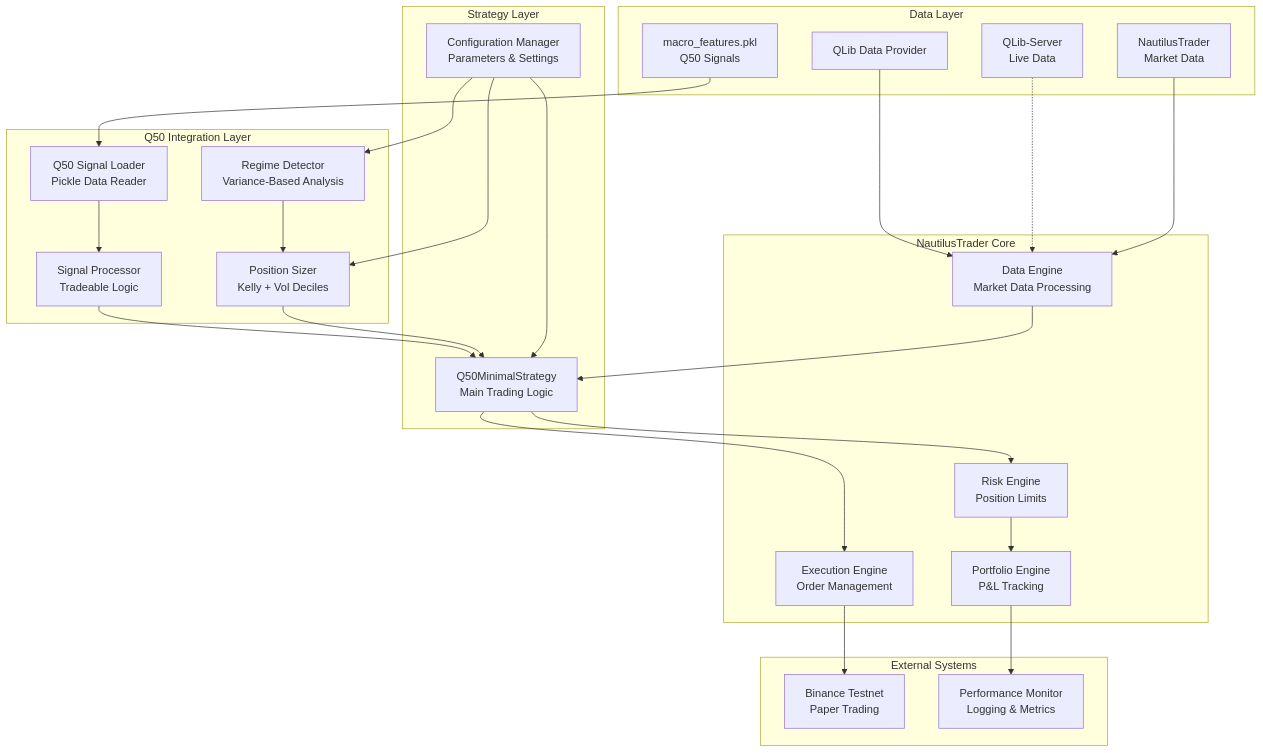
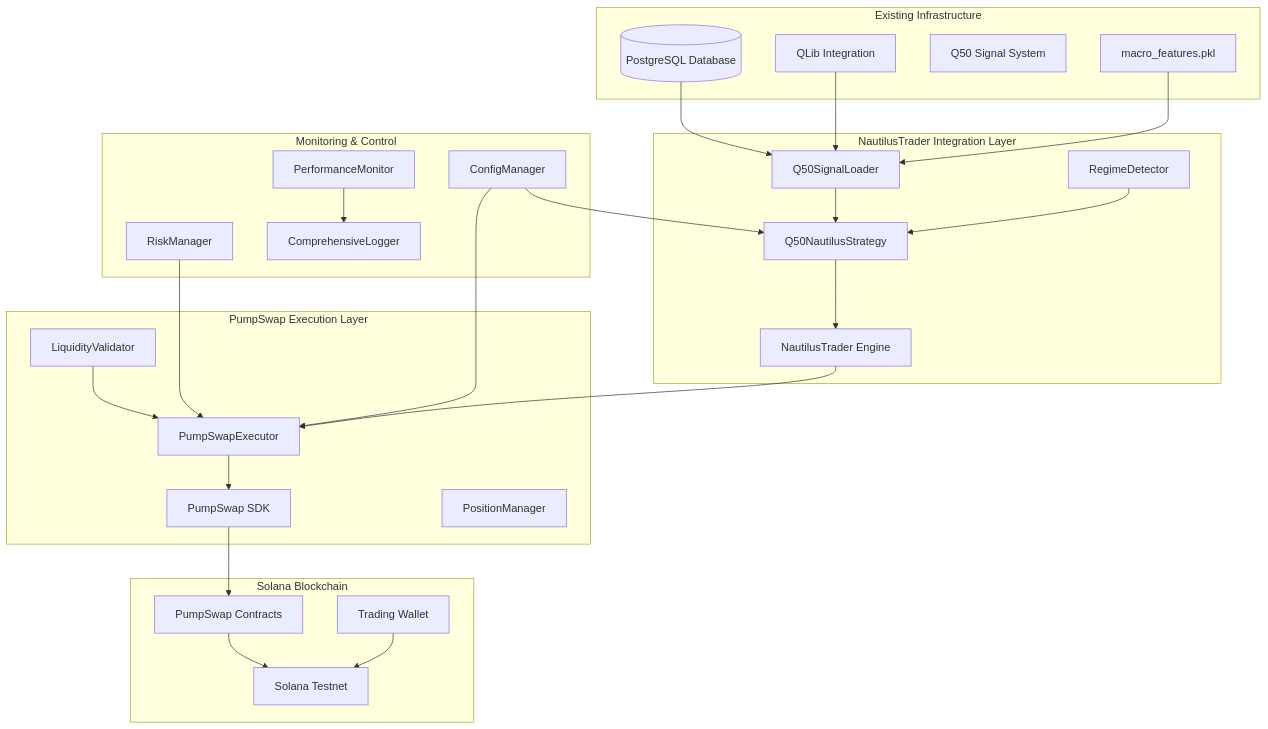
One commit to snogcel/geckoterminal_collector changed the first of 2 diagrams in .kiro/specs/nautilus-trader-poc/design.md. Above: the diagram before and after it, drawn with Mermaid. The commit also changed other lines of this file and 4 other files, not shown here.

Commit message:
Nautilus Trader Integration

````diff
--- a/.kiro/specs/nautilus-trader-poc/design.md
+++ b/.kiro/specs/nautilus-trader-poc/design.md
@@ -13,55 +13,57 @@
 ```mermaid
 graph TB
-    subgraph "Data Layer"
-        QLib[QLib Data Provider]
-        QLServer[QLib-Server<br/>Live Data]
-        MacroFeatures[macro_features.pkl<br/>Q50 Signals]
-        NautilusData[NautilusTrader<br/>Market Data]
+    subgraph "Existing Infrastructure"
+        PG[(PostgreSQL Database)]
+        QLIB[QLib Integration]
+        SIGNALS[Q50 Signal System]
+        FEATURES[macro_features.pkl]
     end
     
-    subgraph "NautilusTrader Core"
-        DataEngine[Data Engine<br/>Market Data Processing]
-        ExecEngine[Execution Engine<br/>Order Management]
-        RiskEngine[Risk Engine<br/>Position Limits]
-        PortEngine[Portfolio Engine<br/>P&L Tracking]
+    subgraph "NautilusTrader Integration Layer"
+        NT_STRATEGY[Q50NautilusStrategy]
+        NT_ENGINE[NautilusTrader Engine]
+        SIGNAL_LOADER[Q50SignalLoader]
+        REGIME_DETECTOR[RegimeDetector]
     end
     
-    subgraph "Q50 Integration Layer"
-        SignalLoader[Q50 Signal Loader<br/>Pickle Data Reader]
-        RegimeDetector[Regime Detector<br/>Variance-Based Analysis]
-        SignalProcessor[Signal Processor<br/>Tradeable Logic]
-        PositionSizer[Position Sizer<br/>Kelly + Vol Deciles]
+    subgraph "PumpSwap Execution Layer"
+        PUMP_SDK[PumpSwap SDK]
+        PUMP_EXECUTOR[PumpSwapExecutor]
+        LIQUIDITY_VALIDATOR[LiquidityValidator]
+        POSITION_MANAGER[PositionManager]
     end
     
-    subgraph "Strategy Layer"
-        Q50Strategy[Q50MinimalStrategy<br/>Main Trading Logic]
-        ConfigManager[Configuration Manager<br/>Parameters & Settings]
+    subgraph "Solana Blockchain"
+        TESTNET[Solana Testnet]
+        PUMPSWAP_CONTRACTS[PumpSwap Contracts]
+        WALLET[Trading Wallet]
     end
     
-    subgraph "External Systems"
-        BinanceTest[Binance Testnet<br/>Paper Trading]
-        Monitoring[Performance Monitor<br/>Logging & Metrics]
+    subgraph "Monitoring & Control"
+        PERFORMANCE_MONITOR[PerformanceMonitor]
+        RISK_MANAGER[RiskManager]
+        CONFIG_MANAGER[ConfigManager]
+        LOGGER[ComprehensiveLogger]
     end
     
-    QLib --> DataEngine
-    QLServer -.-> DataEngine
-    NautilusData --> DataEngine
-    MacroFeatures --> SignalLoader
+    FEATURES --> SIGNAL_LOADER
+    PG --> SIGNAL_LOADER
+    QLIB --> SIGNAL_LOADER
     
-    DataEngine --> Q50Strategy
-    SignalLoader --> SignalProcessor
-    RegimeDetector --> PositionSizer
-    SignalProcessor --> Q50Strategy
-    PositionSizer --> Q50Strategy
+    SIGNAL_LOADER --> NT_STRATEGY
+    REGIME_DETECTOR --> NT_STRATEGY
+    NT_STRATEGY --> NT_ENGINE
     
-    Q50Strategy --> ExecEngine
-    Q50Strategy --> RiskEngine
-    ExecEngine --> BinanceTest
+    NT_ENGINE --> PUMP_EXECUTOR
+    PUMP_EXECUTOR --> PUMP_SDK
+    LIQUIDITY_VALIDATOR --> PUMP_EXECUTOR
     
-    RiskEngine --> PortEngine
-    PortEngine --> Monitoring
+    PUMP_SDK --> PUMPSWAP_CONTRACTS
+    PUMPSWAP_CONTRACTS --> TESTNET
+    WALLET --> TESTNET
     
-    ConfigManager --> Q50Strategy
-    ConfigManager --> RegimeDetector
-    ConfigManager --> PositionSizer
+    PERFORMANCE_MONITOR --> LOGGER
+    RISK_MANAGER --> PUMP_EXECUTOR
+    CONFIG_MANAGER --> NT_STRATEGY
+    CONFIG_MANAGER --> PUMP_EXECUTOR
 ```
````
